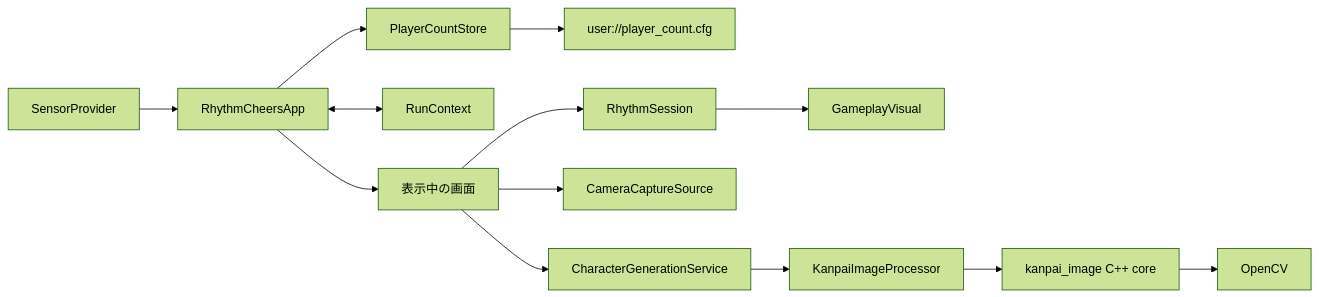
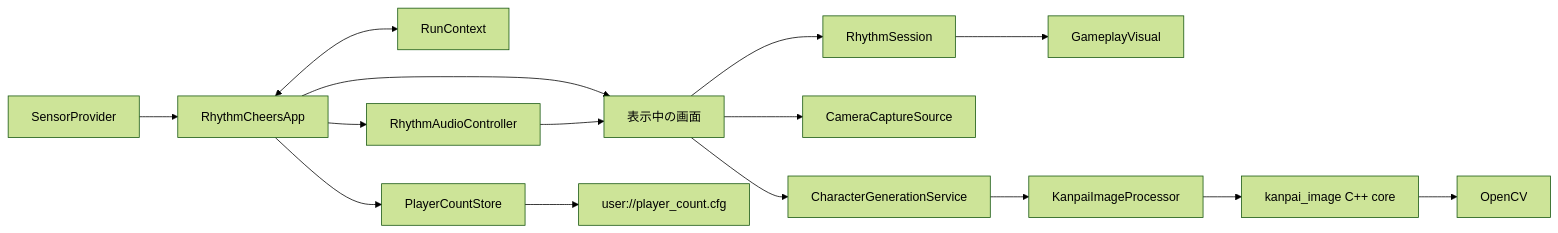
The first of 2 diagrams in docs/reference/overview.md (unuse-org/rhythm-cheers), drawn with Mermaid (forest theme) before and after one commit. The commit also changed other lines of this file and 68 other files, not shown here.

````diff
--- a/docs/reference/overview.md
+++ b/docs/reference/overview.md
@@ -26,15 +26,17 @@
 ```mermaid
 flowchart LR
     Provider[SensorProvider] --> App[RhythmCheersApp]
     App --> Screen[表示中の画面]
     App <--> Context[RunContext]
     App --> CountStore[PlayerCountStore]
+    App --> Audio[RhythmAudioController]
     CountStore --> CountFile[user://player_count.cfg]
     Screen --> Rhythm[RhythmSession]
+    Audio --> Screen
     Rhythm --> Visual[GameplayVisual]
     Screen --> Camera[CameraCaptureSource]
     Screen --> Service[CharacterGenerationService]
     Service --> Extension[KanpaiImageProcessor]
     Extension --> Core[kanpai_image C++ core]
     Core --> OpenCV[OpenCV]
 ```
````
